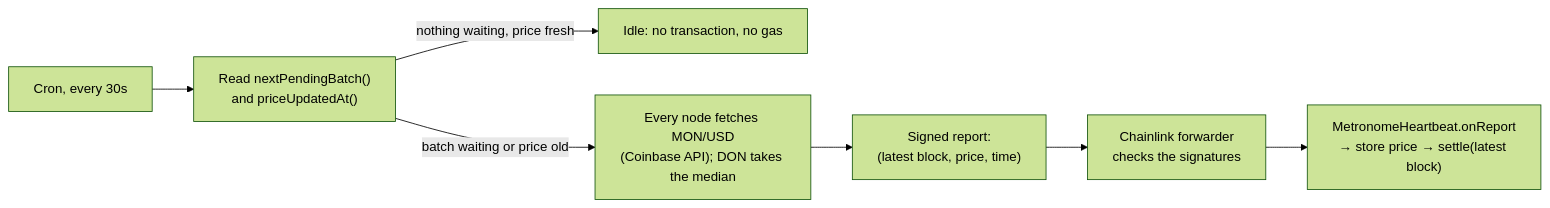
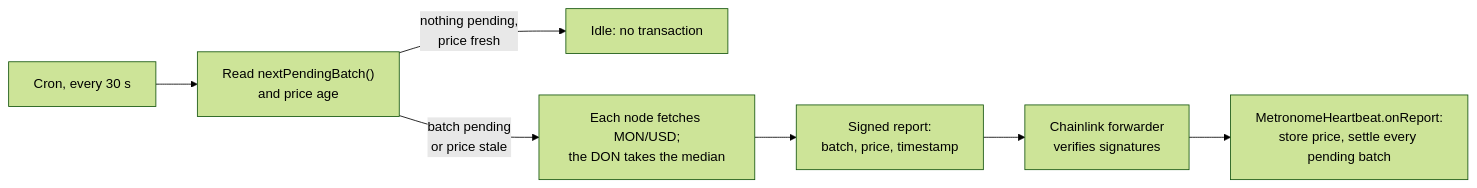
The seventh of 8 diagrams in README.md (rohan911438/Metronome), drawn with Mermaid (forest theme) before and after one commit. The commit also changed other lines of this file and 3 other files, not shown here.

First line of the commit message:
Professional README with architecture diagrams, MIT license for Team BROTHERHOOD

````diff
--- a/README.md
+++ b/README.md
@@ -68,9 +335,9 @@
 ```mermaid
 flowchart LR
-    T["Cron, every 30s"] --> R["Read nextPendingBatch()<br/>and priceUpdatedAt()"]
-    R -->|nothing waiting, price fresh| I["Idle: no transaction, no gas"]
-    R -->|batch waiting or price old| P["Every node fetches MON/USD<br/>(Coinbase API); DON takes the median"]
-    P --> S["Signed report:<br/>(latest block, price, time)"]
-    S --> F["Chainlink forwarder<br/>checks the signatures"]
-    F --> H["MetronomeHeartbeat.onReport<br/>→ store price → settle(latest block)"]
+    T["Cron, every 30 s"] --> R["Read nextPendingBatch()<br/>and price age"]
+    R -->|"nothing pending,<br/>price fresh"| I["Idle: no transaction"]
+    R -->|"batch pending<br/>or price stale"| P["Each node fetches MON/USD;<br/>the DON takes the median"]
+    P --> S["Signed report:<br/>batch, price, timestamp"]
+    S --> F["Chainlink forwarder<br/>verifies signatures"]
+    F --> H["MetronomeHeartbeat.onReport:<br/>store price, settle every pending batch"]
 ```
````
